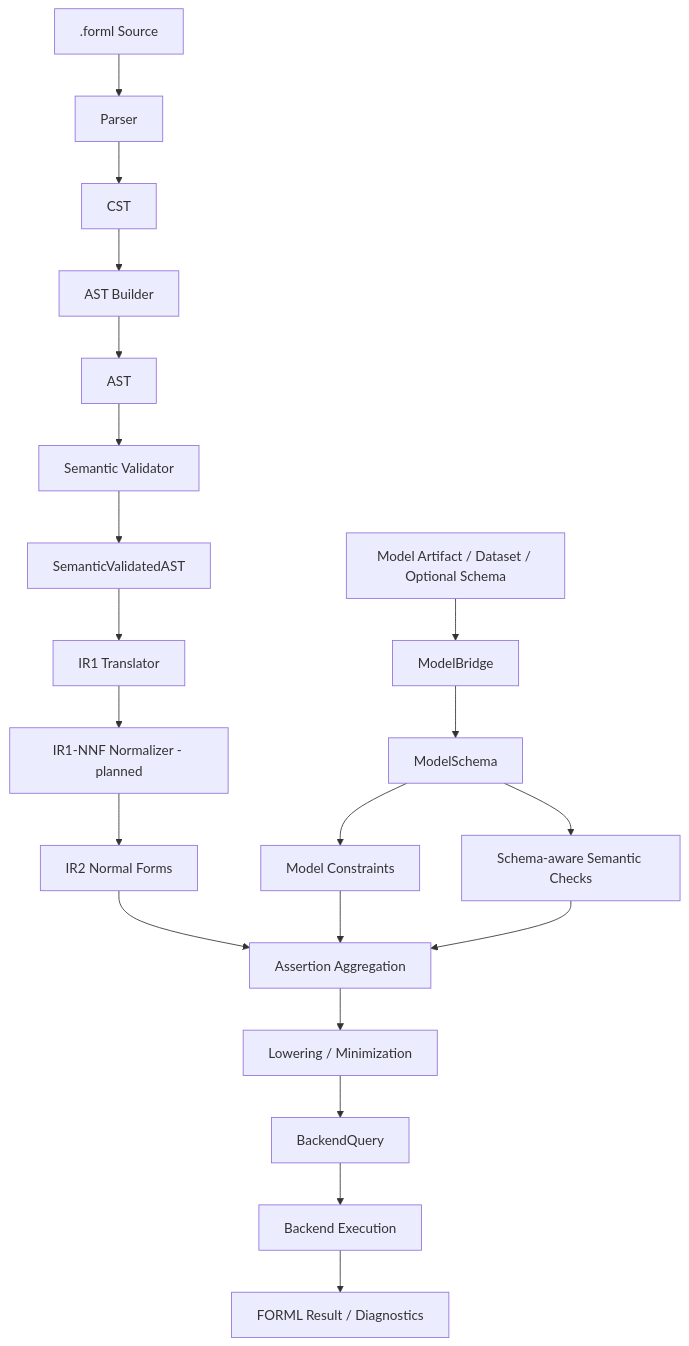
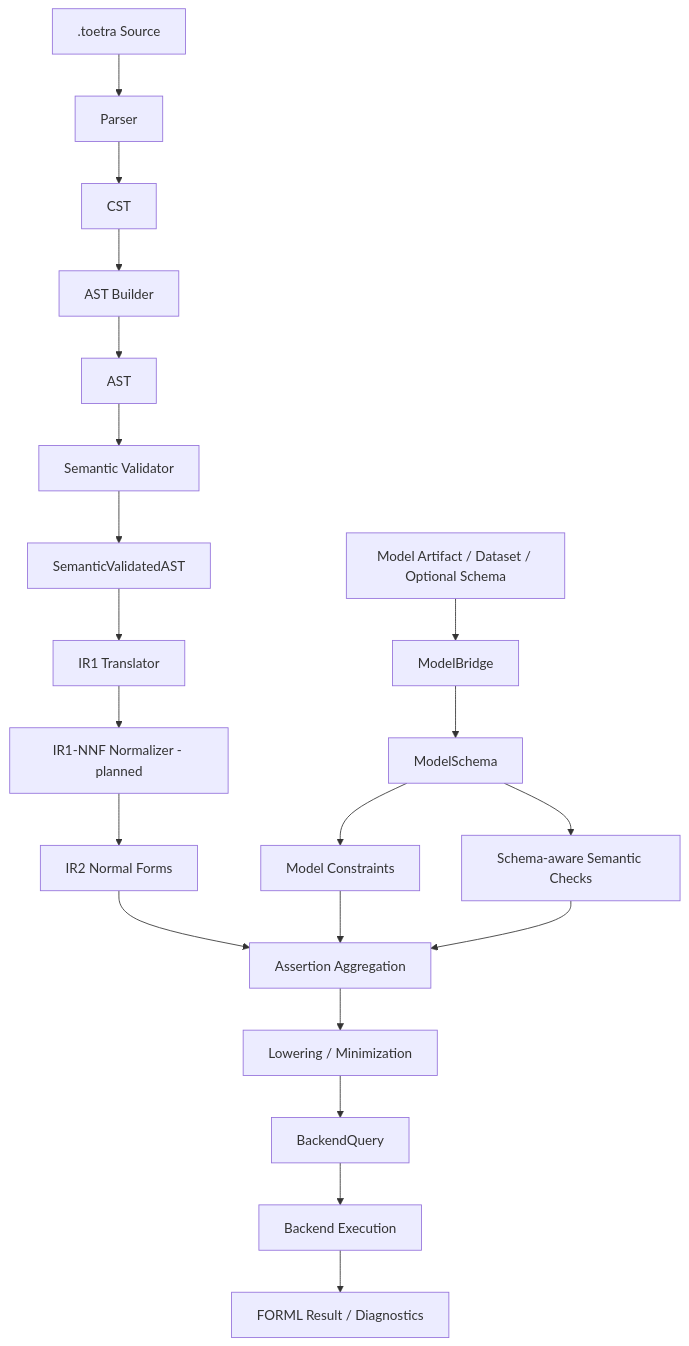
The diagram in docs/architecture/runtime-flow.md (KintanaOne/Toetra), drawn with Mermaid before and after one commit. The commit also changed other lines of this file and 218 other files, not shown here.

````diff
--- a/docs/architecture/runtime-flow.md
+++ b/docs/architecture/runtime-flow.md
@@ -59,62 +59,62 @@
 ```mermaid
 flowchart TD
-    S[.forml Source]
+    S[.toetra Source]
         --> P[Parser]
 
     P
         --> CST[CST]
 
     CST
         --> B[AST Builder]
 
     B
         --> AST[AST]
 
     AST
         --> SEM[Semantic Validator]
 
     SEM
         --> SAST[SemanticValidatedAST]
 
     SAST
         --> IR1[IR1 Translator]
 
     IR1
         --> NNF[IR1-NNF Normalizer - planned]
 
     NNF
         --> IR2[IR2 Normal Forms]
 
     MODEL[Model Artifact / Dataset / Optional Schema]
         --> MB[ModelBridge]
 
     MB
         --> MS[ModelSchema]
 
     MS
         --> SCHEMASEM[Schema-aware Semantic Checks]
 
     MS
         --> MC[Model Constraints]
 
     IR2
         --> AGG[Assertion Aggregation]
 
     MC
         --> AGG
 
     SCHEMASEM
         --> AGG
 
     AGG
         --> LOW[Lowering / Minimization]
 
     LOW
         --> BQ[BackendQuery]
 
     BQ
         --> BE[Backend Execution]
 
     BE
         --> RES[FORML Result / Diagnostics]
 ```
````
